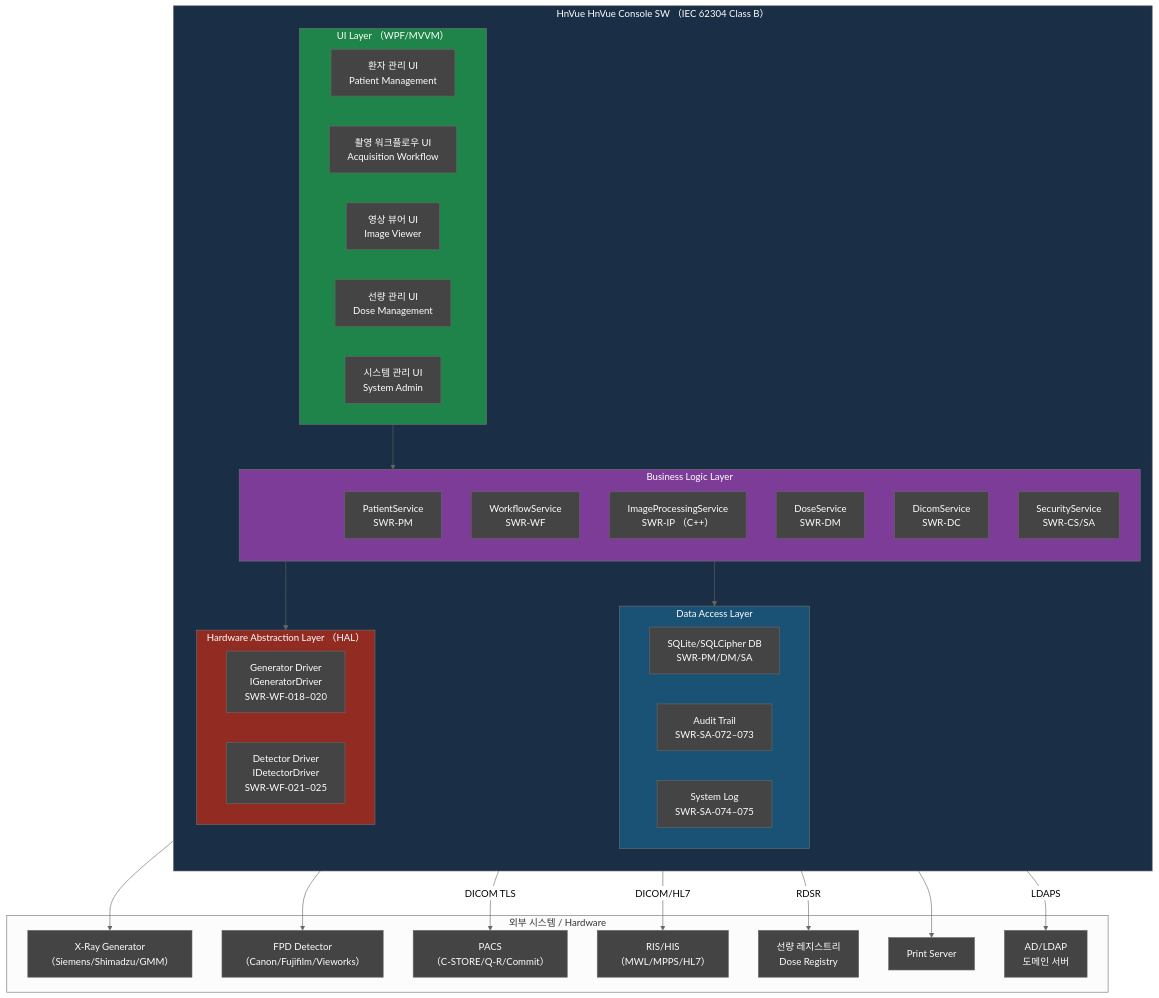
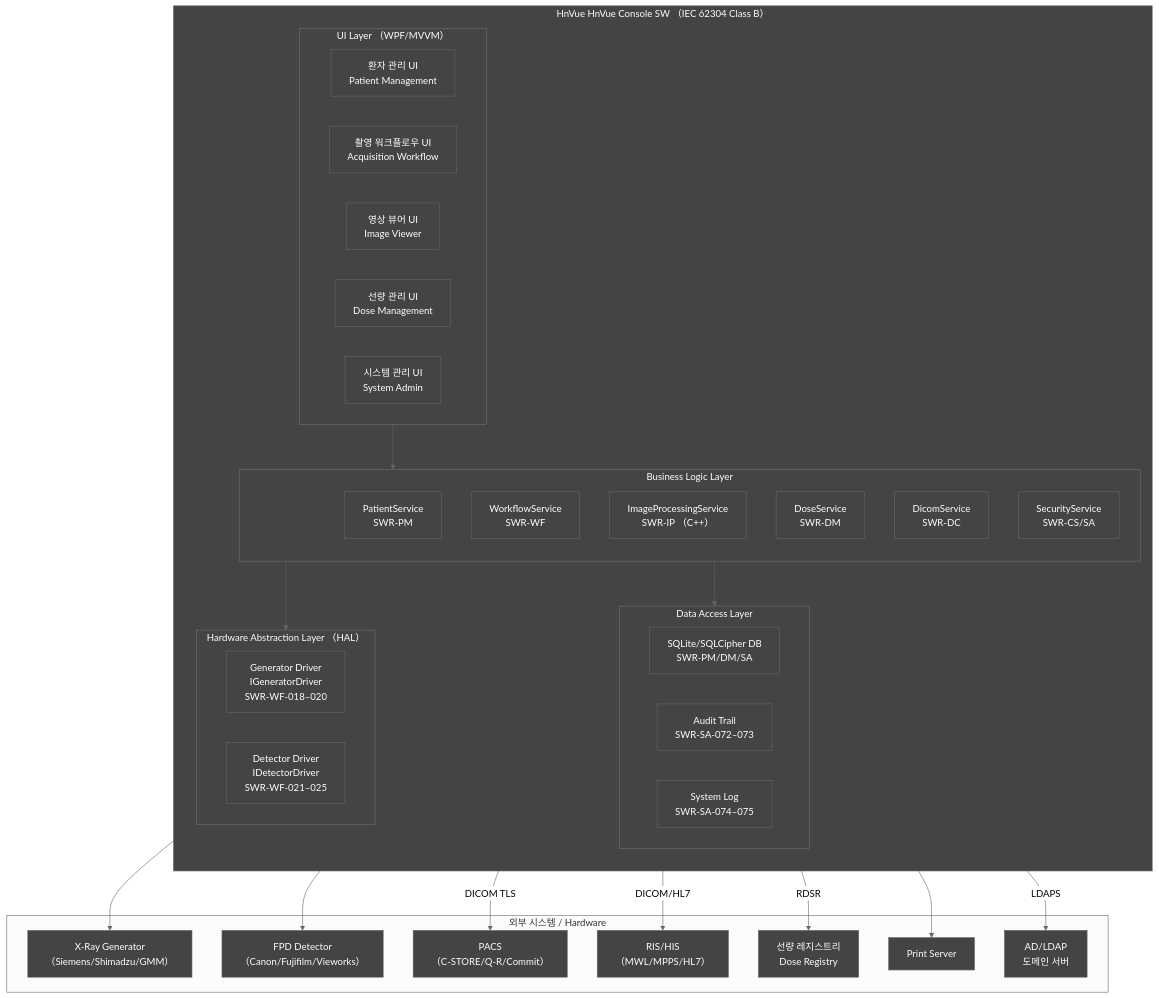
One commit to holee9/console-gui changed the second of 6 diagrams in docs/planning/DOC-005_SRS_v2.0.md. Above: the diagram before and after it, drawn with Mermaid (neutral theme). The commit also changed other lines of this file and 35 other files, not shown here.

First line of the commit message:
fix: 전체 Mermaid 차트 색상 진한 회색 통일

````diff
--- a/docs/planning/DOC-005_SRS_v2.0.md
+++ b/docs/planning/DOC-005_SRS_v2.0.md
@@ -165,61 +165,61 @@
 ```mermaid
 graph TB
     classDef default fill:#444,stroke:#666,color:#fff
     subgraph HnVue["HnVue HnVue Console SW （IEC 62304 Class B）"]
         direction TB
         subgraph UI["UI Layer （WPF/MVVM）"]
             PM_UI["환자 관리 UI\nPatient Management"]
             WF_UI["촬영 워크플로우 UI\nAcquisition Workflow"]
             IP_UI["영상 뷰어 UI\nImage Viewer"]
             DM_UI["선량 관리 UI\nDose Management"]
             SA_UI["시스템 관리 UI\nSystem Admin"]
         end
 
         subgraph BL["Business Logic Layer"]
             PM_SVC["PatientService\nSWR-PM"]
             WF_SVC["WorkflowService\nSWR-WF"]
             IP_SVC["ImageProcessingService\nSWR-IP （C++）"]
             DM_SVC["DoseService\nSWR-DM"]
             DC_SVC["DicomService\nSWR-DC"]
             CS_SVC["SecurityService\nSWR-CS/SA"]
         end
 
         subgraph DAL["Data Access Layer"]
             DB["SQLite/SQLCipher DB\nSWR-PM/DM/SA"]
             AUDIT["Audit Trail\nSWR-SA-072–073"]
             LOG["System Log\nSWR-SA-074–075"]
         end
 
         subgraph HAL["Hardware Abstraction Layer （HAL）"]
             GEN_DRV["Generator Driver\nIGeneratorDriver\nSWR-WF-018–020"]
             DET_DRV["Detector Driver\nIDetectorDriver\nSWR-WF-021–025"]
         end
     end
 
     subgraph External["외부 시스템 / Hardware"]
         GEN["X-Ray Generator\n（Siemens/Shimadzu/GMM）"]
         DET["FPD Detector\n（Canon/Fujifilm/Vieworks）"]
         PACS["PACS\n（C-STORE/Q-R/Commit）"]
         RIS["RIS/HIS\n（MWL/MPPS/HL7）"]
         DOSE_REG["선량 레지스트리\nDose Registry"]
         PRINT["Print Server"]
         AD["AD/LDAP\n도메인 서버"]
     end
 
     UI --> BL
     BL --> DAL
     BL --> HAL
     HAL --> GEN
     HAL --> DET
     DC_SVC -->|"DICOM TLS"| PACS
     DC_SVC -->|"DICOM/HL7"| RIS
     DC_SVC -->|"RDSR"| DOSE_REG
     DC_SVC --> PRINT
     CS_SVC -->|"LDAPS"| AD
 
-    style HnVue fill:#1a2e45,color:#fff
-    style UI fill:#1e8449,color:#fff
-    style BL fill:#7d3c98,color:#fff
-    style DAL fill:#1a5276,color:#fff
-    style HAL fill:#922b21,color:#fff
+    style HnVue fill:#444,color:#fff
+    style UI fill:#444,color:#fff
+    style BL fill:#444,color:#fff
+    style DAL fill:#444,color:#fff
+    style HAL fill:#444,color:#fff
 ```
````
